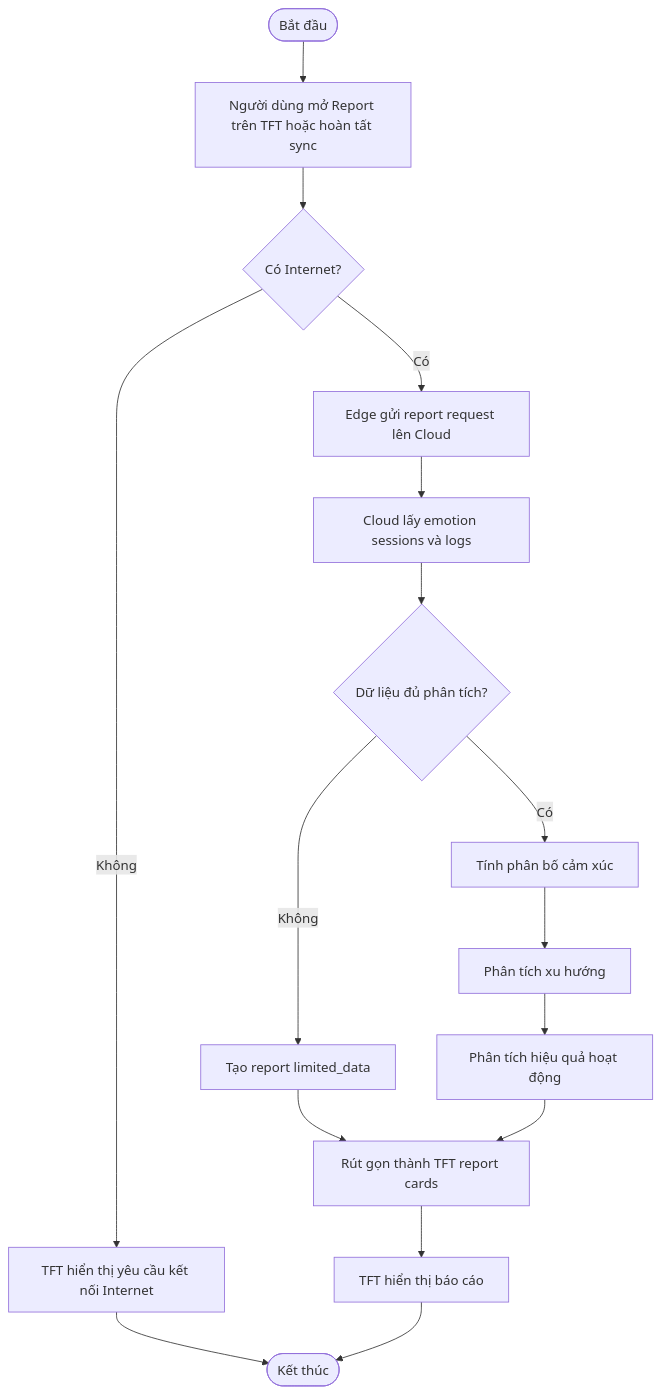
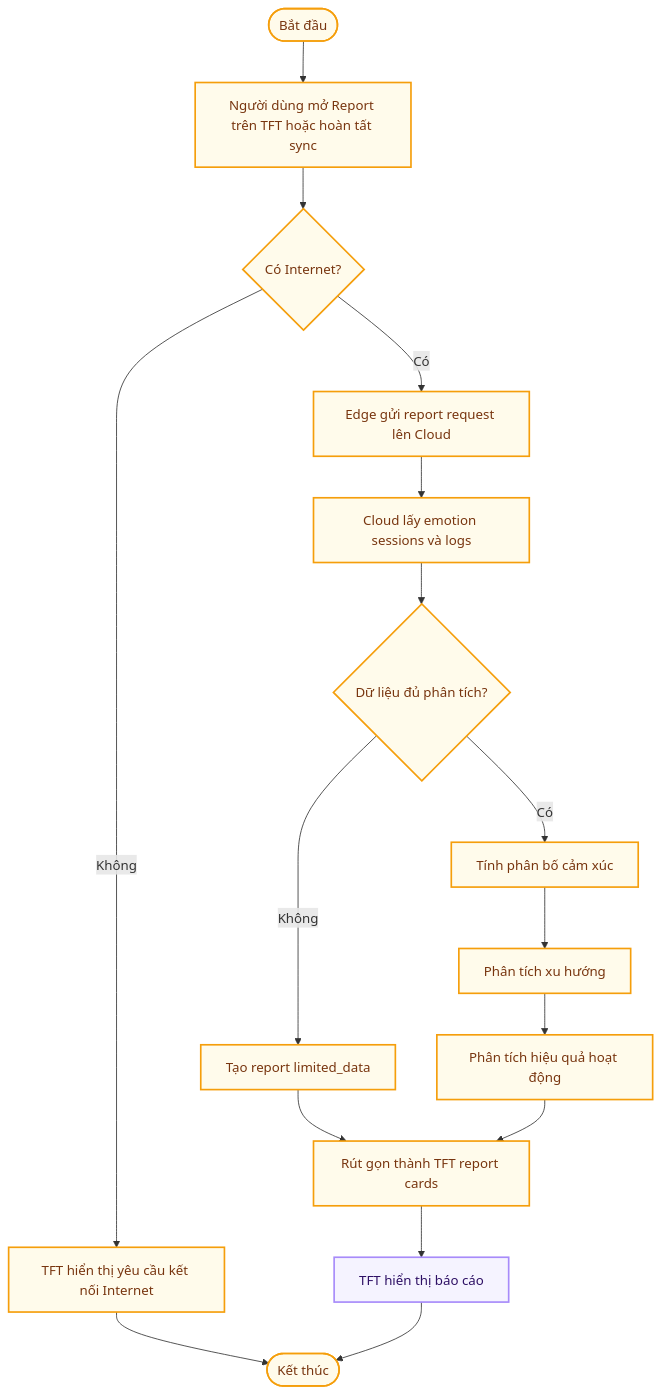
Before and after one commit to Computer-Vision-HCMUS/AIoT-Server: diagram 12 of 12 in docs/Spectification/EmotiCareAIoT/03_Objectives.md, drawn with Mermaid. The commit also changed other lines of this file and 88 other files, not shown here.

````diff
--- a/docs/Spectification/EmotiCareAIoT/03_Objectives.md
+++ b/docs/Spectification/EmotiCareAIoT/03_Objectives.md
@@ -520,24 +653,34 @@
 ```mermaid
 flowchart TD
     Start([Bắt đầu])
     Trigger["Người dùng mở Report trên TFT hoặc hoàn tất sync"]
     Online{"Có Internet?"}
     NeedNet["TFT hiển thị yêu cầu kết nối Internet"]
     Request["Edge gửi report request lên Cloud"]
     Load["Cloud lấy emotion sessions và logs"]
     Enough{"Dữ liệu đủ phân tích?"}
     Limited["Tạo report limited_data"]
     Aggregate["Tính phân bố cảm xúc"]
     Trend["Phân tích xu hướng"]
     Effect["Phân tích hiệu quả hoạt động"]
     Compact["Rút gọn thành TFT report cards"]
     Display["TFT hiển thị báo cáo"]
     End([Kết thúc])
 
     Start --> Trigger --> Online
     Online -- "Không" --> NeedNet --> End
     Online -- "Có" --> Request --> Load --> Enough
     Enough -- "Không" --> Limited --> Compact
     Enough -- "Có" --> Aggregate --> Trend --> Effect --> Compact
     Compact --> Display --> End
+
+
+    classDef userNode stroke:#818cf8,fill:#eef2ff,stroke-width:2px,color:#1e1b4b
+    classDef edgeNode stroke:#a78bfa,fill:#f5f3ff,stroke-width:2px,color:#2e1065
+    classDef cacheNode stroke:#2dd4bf,fill:#f0fdfa,stroke-width:2px,color:#0d5a57
+    classDef cloudNode stroke:#38bdf8,fill:#f0f9ff,stroke-width:2px,color:#0c3d67
+    classDef serviceNode stroke:#4ade80,fill:#f0fdf4,stroke-width:2px,color:#1a3a1a
+    classDef actionNode stroke:#f59e0b,fill:#fffbeb,stroke-width:2px,color:#78350f
+    class Display edgeNode
+    class Start,Trigger,Online,NeedNet,Request,Load,Enough,Limited,Aggregate,Trend,Effect,Compact,End actionNode
 ```
````
